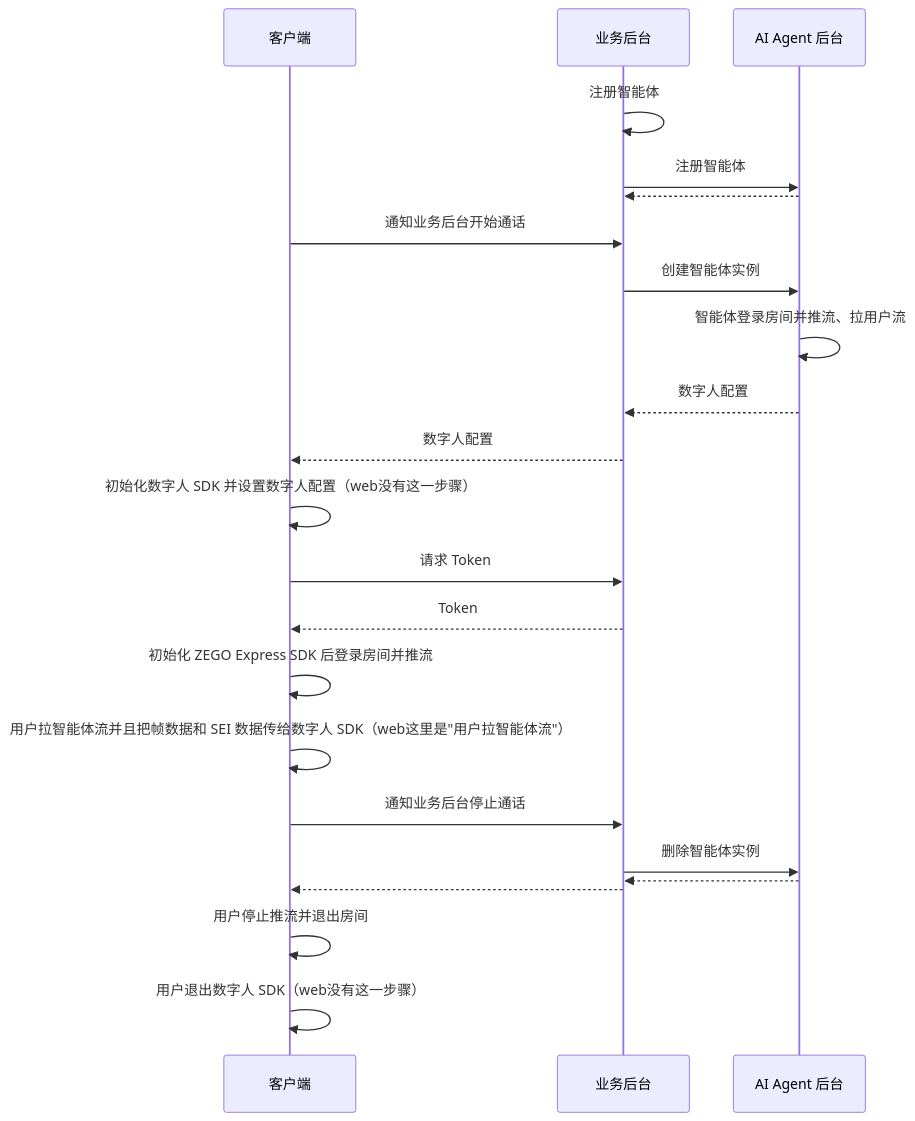
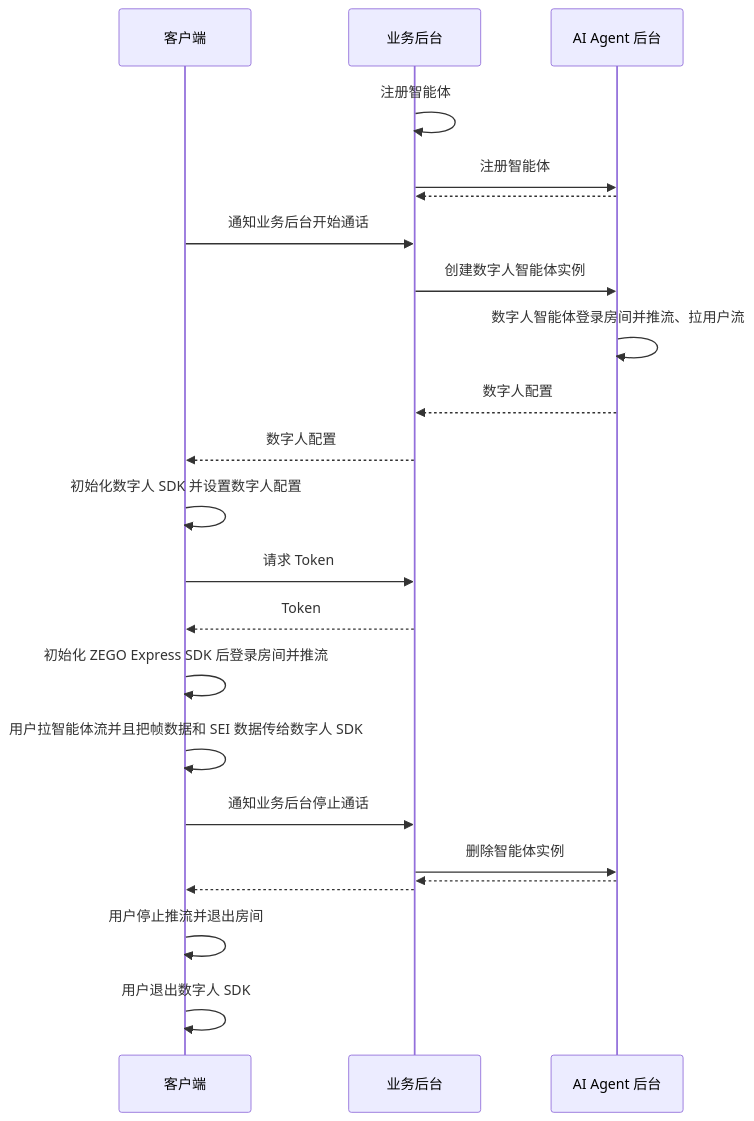
Before and after one commit to ZEGOCLOUD/docs_all: the diagram in core_products/aiagent/zh/android/quick-start-with-digital-human.mdx, drawn with Mermaid. The commit also changed other lines of this file and 7 other files, not shown here.

````diff
--- a/core_products/aiagent/zh/android/quick-start-with-digital-human.mdx
+++ b/core_products/aiagent/zh/android/quick-start-with-digital-human.mdx
@@ -72,33 +74,33 @@
 ```mermaid
 sequenceDiagram
     participant 客户端
     participant 业务后台
     participant AI Agent 后台
     
     业务后台->>业务后台: 注册智能体
     业务后台->>AI Agent 后台: 注册智能体
     AI Agent 后台-->>业务后台: 
 
     客户端->>业务后台: 通知业务后台开始通话
-    业务后台->>AI Agent 后台: 创建智能体实例
-    AI Agent 后台->>AI Agent 后台: 智能体登录房间并推流、拉用户流
+    业务后台->>AI Agent 后台: 创建数字人智能体实例
+    AI Agent 后台->>AI Agent 后台: 数字人智能体登录房间并推流、拉用户流
     AI Agent 后台-->>业务后台: 数字人配置
     业务后台-->>客户端: 数字人配置
 
-    客户端->>客户端: 初始化数字人 SDK 并设置数字人配置（web没有这一步骤）
+    客户端->>客户端: 初始化数字人 SDK 并设置数字人配置
 
     客户端->>业务后台: 请求 Token
     业务后台-->>客户端: Token
     
     客户端->>客户端: 初始化 ZEGO Express SDK 后登录房间并推流
     
-    客户端->>客户端: 用户拉智能体流并且把帧数据和 SEI 数据传给数字人 SDK（web这里是"用户拉智能体流"）
+    客户端->>客户端: 用户拉智能体流并且把帧数据和 SEI 数据传给数字人 SDK
     
     客户端->>业务后台: 通知业务后台停止通话
     业务后台->>AI Agent 后台: 删除智能体实例
     AI Agent 后台-->>业务后台: 
     业务后台-->>客户端: 
     
     客户端->>客户端: 用户停止推流并退出房间
-    客户端->>客户端: 用户退出数字人 SDK（web没有这一步骤）
+    客户端->>客户端: 用户退出数字人 SDK
 ```
````
